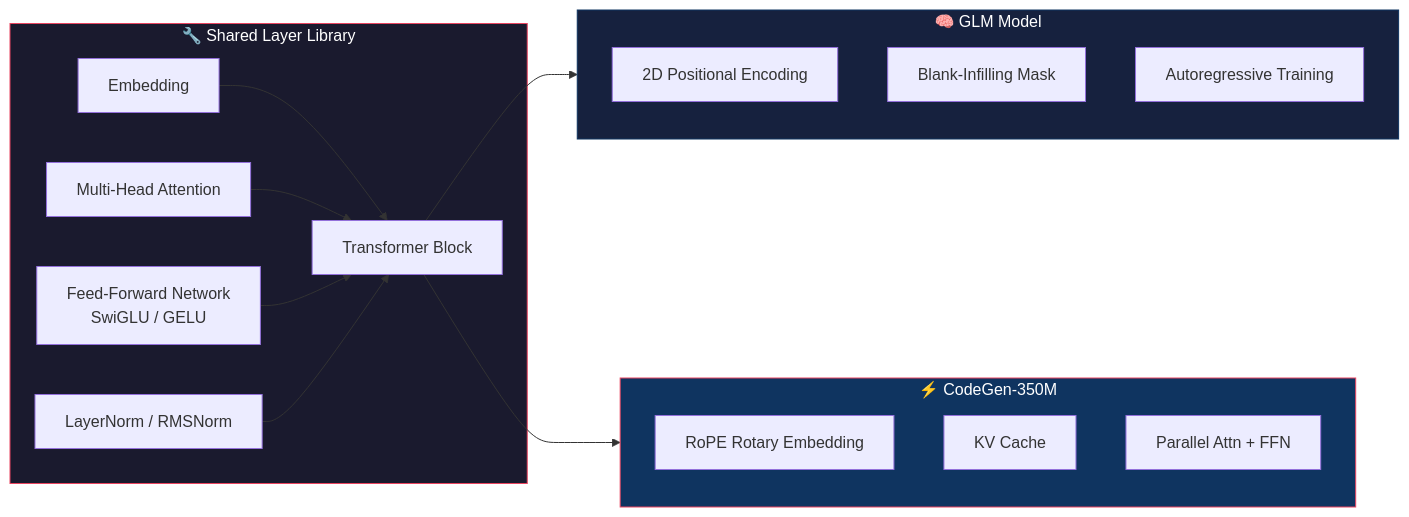
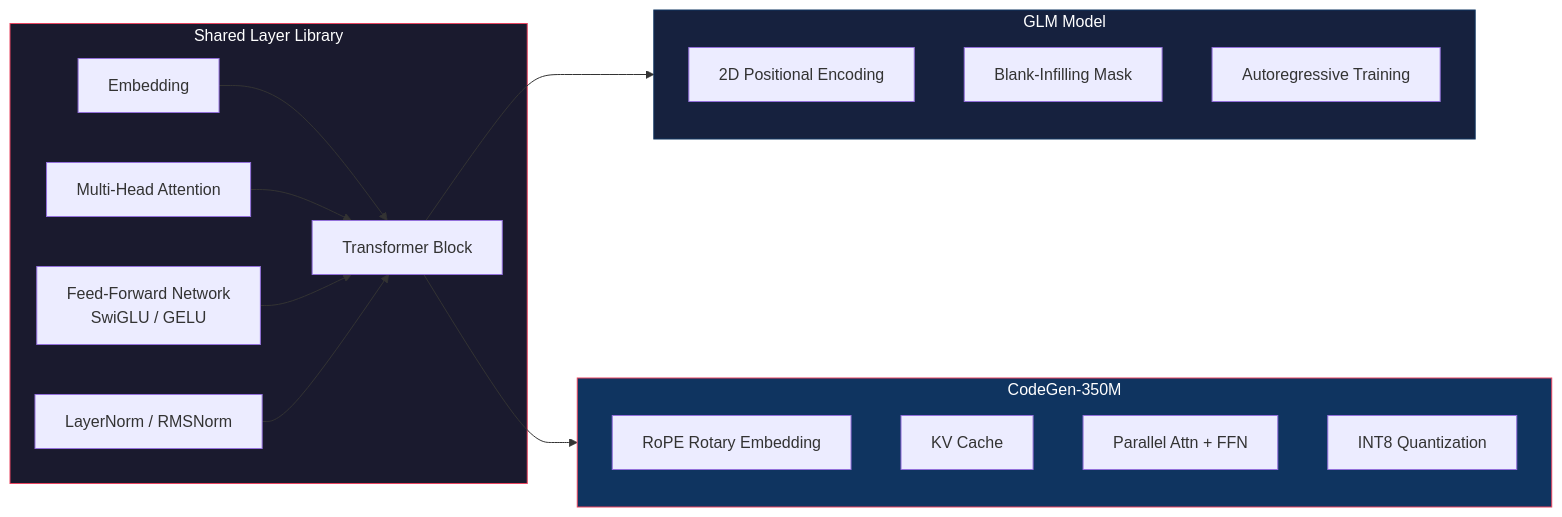
One commit to Ayyankhan101/Transformer-In-Rust changed the first of 6 diagrams in README.md. Above: the diagram before and after it, drawn with Mermaid. The commit also changed other lines of this file and 23 other files, not shown here.

````diff
--- a/README.md
+++ b/README.md
@@ -33,34 +32,35 @@
 ```mermaid
 graph LR
-    subgraph Shared["🔧 Shared Layer Library"]
+    subgraph Shared["Shared Layer Library"]
         E[Embedding]
         MHA[Multi-Head Attention]
         FFN[Feed-Forward Network<br/>SwiGLU / GELU]
         LN[LayerNorm / RMSNorm]
         TB[Transformer Block]
     end
 
-    subgraph GLM["🧠 GLM Model"]
+    subgraph GLM["GLM Model"]
         G1[2D Positional Encoding]
         G2[Blank-Infilling Mask]
         G3[Autoregressive Training]
     end
 
-    subgraph CodeGen["⚡ CodeGen-350M"]
+    subgraph CodeGen["CodeGen-350M"]
         C1[RoPE Rotary Embedding]
         C2[KV Cache]
         C3[Parallel Attn + FFN]
+        C4[INT8 Quantization]
     end
 
     E --> TB
     MHA --> TB
     FFN --> TB
     LN --> TB
 
     TB --> GLM
     TB --> CodeGen
 
     style Shared fill:#1a1a2e,stroke:#e94560,color:#fff
     style GLM fill:#16213e,stroke:#0f3460,color:#fff
     style CodeGen fill:#0f3460,stroke:#e94560,color:#fff
 ```
````
